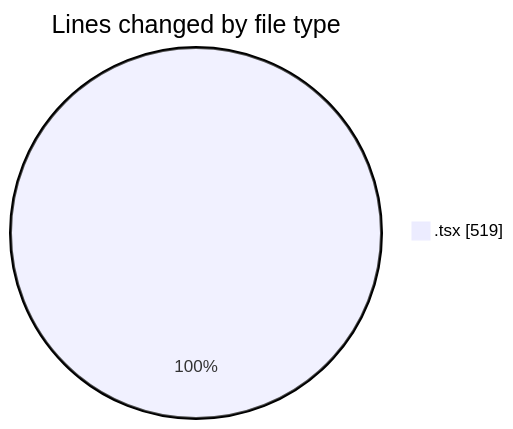
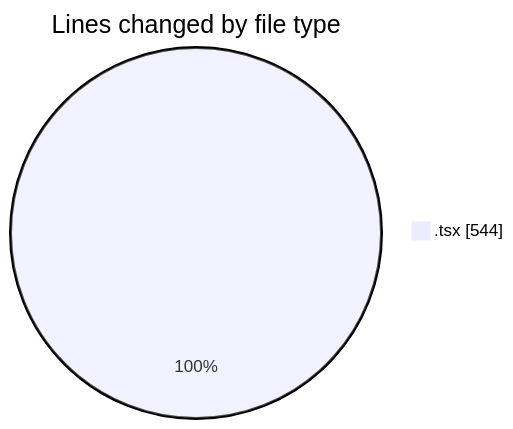
The first of 2 diagrams in 2026-03-27/nxtqube_webapp/README.md (nxtqubesakshisongat/code-tracking), drawn with Mermaid before and after one commit. The commit also changed other lines of this file and 1 other file, not shown here.

````diff
--- a/2026-03-27/nxtqube_webapp/README.md
+++ b/2026-03-27/nxtqube_webapp/README.md
@@ -20,5 +20,5 @@
 ```mermaid
 pie showData
 title Lines changed by file type
-".tsx" : 519
+".tsx" : 544
 ```
````
